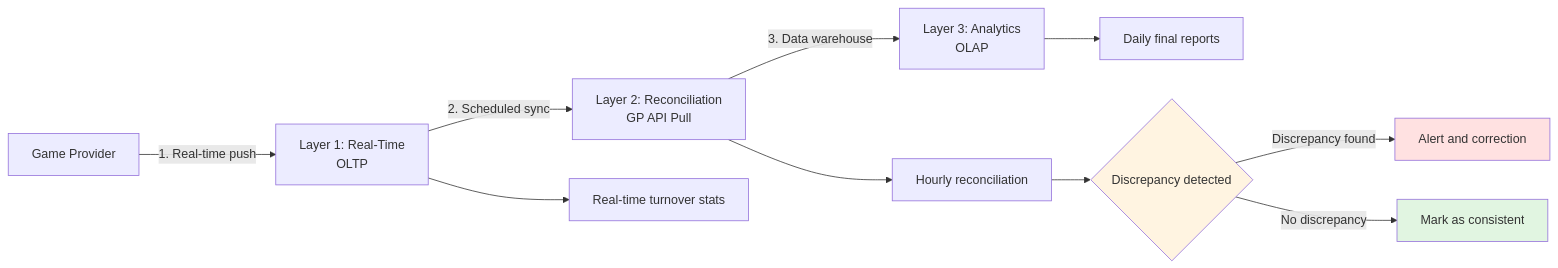
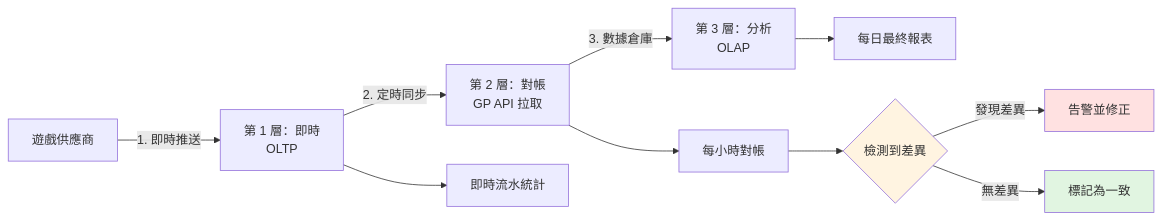
Before and after one commit to ron03wlb/smart-admin: the fifth of 6 diagrams in docs/iGaming/requirements/01_Player_Experience/Business_Flows.md, drawn with Mermaid. The commit also changed other lines of this file and 4 other files, not shown here.

````diff
--- a/docs/iGaming/requirements/01_Player_Experience/Business_Flows.md
+++ b/docs/iGaming/requirements/01_Player_Experience/Business_Flows.md
@@ -497,18 +497,18 @@
 ```mermaid
 flowchart LR
-    A[Game Provider] -->|1. Real-time push| B[Layer 1: Real-Time<br/>OLTP]
-    B -->|2. Scheduled sync| C[Layer 2: Reconciliation<br/>GP API Pull]
-    C -->|3. Data warehouse| D[Layer 3: Analytics<br/>OLAP]
+    A[遊戲供應商] -->|1. 即時推送| B[第 1 層：即時<br/>OLTP]
+    B -->|2. 定時同步| C[第 2 層：對帳<br/>GP API 拉取]
+    C -->|3. 數據倉庫| D[第 3 層：分析<br/>OLAP]
 
-    B --> E[Real-time turnover stats]
-    C --> F[Hourly reconciliation]
-    D --> G[Daily final reports]
+    B --> E[即時流水統計]
+    C --> F[每小時對帳]
+    D --> G[每日最終報表]
 
-    F --> H{Discrepancy detected}
-    H -->|Discrepancy found| I[Alert and correction]
-    H -->|No discrepancy| J[Mark as consistent]
+    F --> H{檢測到差異}
+    H -->|發現差異| I[告警並修正]
+    H -->|無差異| J[標記為一致]
 
     style H fill:#fff4e1
     style I fill:#ffe1e1
     style J fill:#e1f5e1
 ```
````
